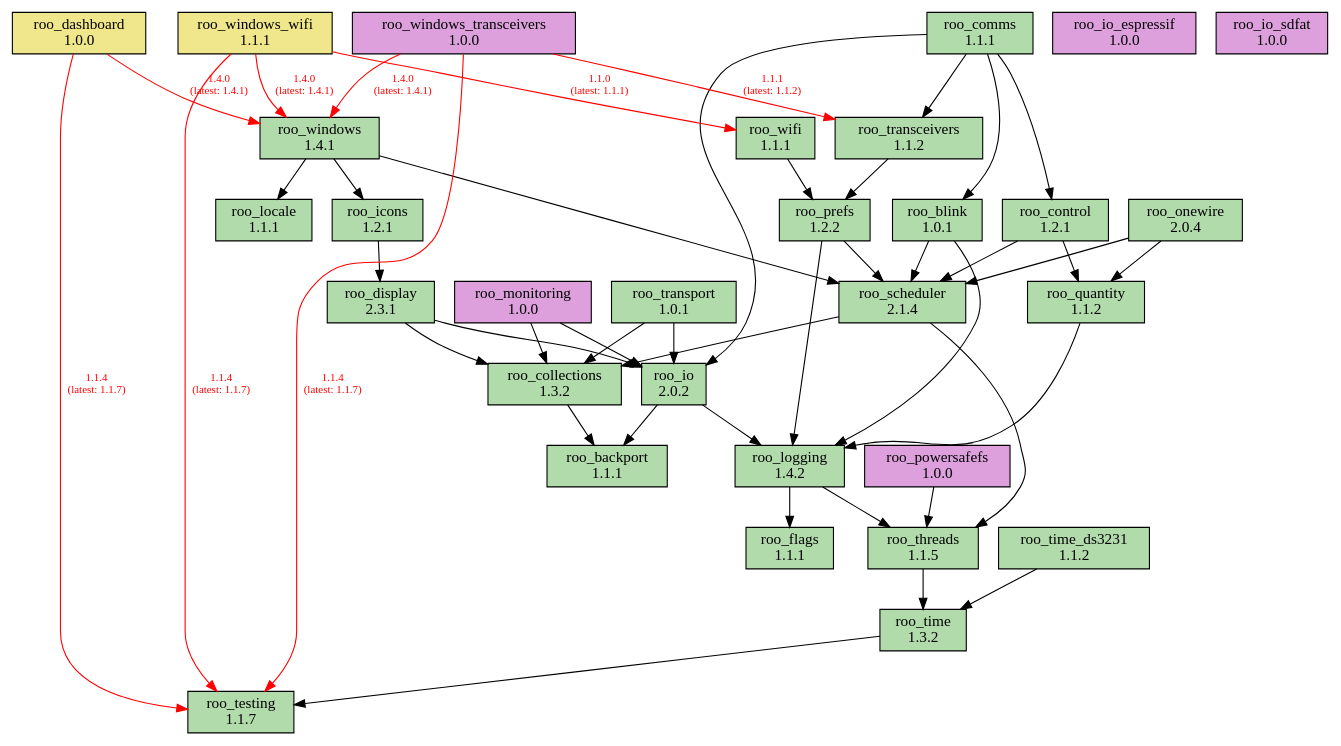
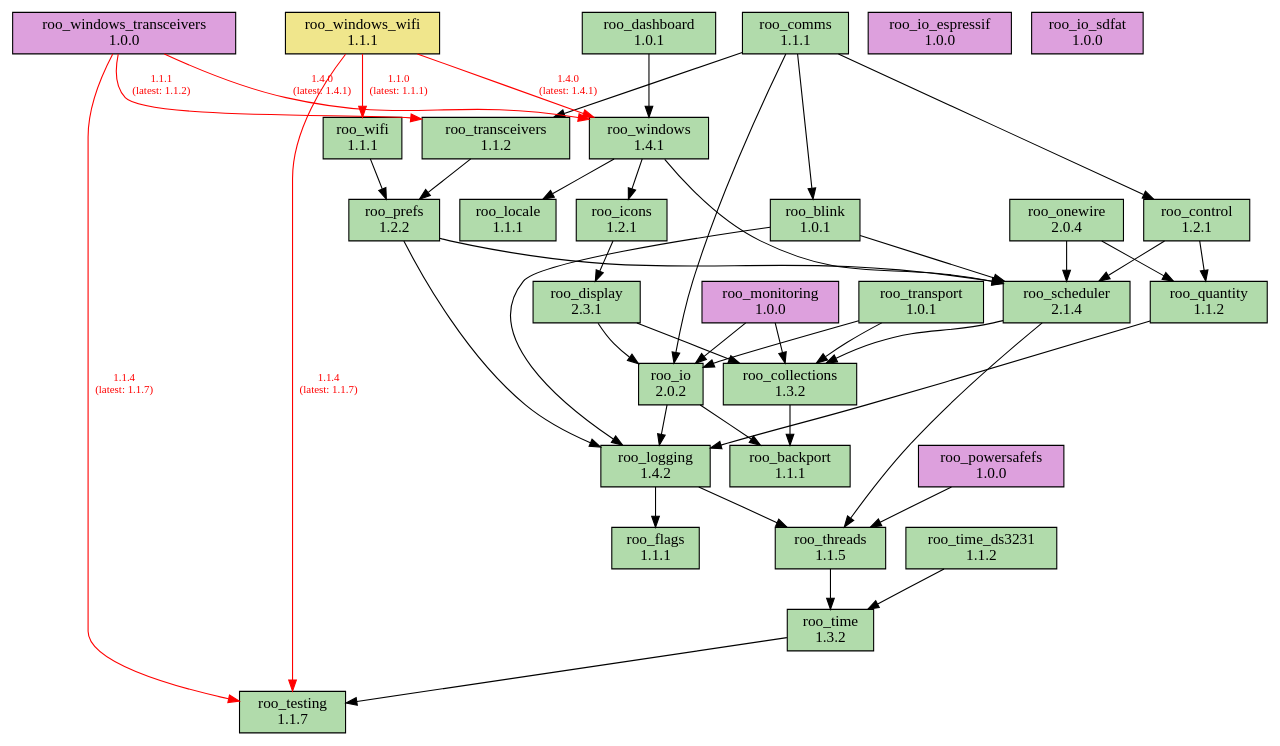
The diagram in doc/dependencies.dot (dejwk/roo-registry), drawn with Graphviz before and after one commit. The commit also changed 3 other files, not shown here.

Commit message:
Added roo_dashboard 1.0.1 to the registry.

```diff
--- a/doc/dependencies.dot
+++ b/doc/dependencies.dot
@@ -1,83 +1,82 @@
 digraph dependencies {
     rankdir=TB;
     node [shape=box, style=filled];
     edge [fontsize=10];
 
     // Modules
     "roo_backport" [label="roo_backport\n1.1.1", fillcolor="#b1dbab"];
     "roo_blink" [label="roo_blink\n1.0.1", fillcolor="#b1dbab"];
     "roo_collections" [label="roo_collections\n1.3.2", fillcolor="#b1dbab"];
     "roo_comms" [label="roo_comms\n1.1.1", fillcolor="#b1dbab"];
     "roo_control" [label="roo_control\n1.2.1", fillcolor="#b1dbab"];
-    "roo_dashboard" [label="roo_dashboard\n1.0.0", fillcolor="khaki"];
+    "roo_dashboard" [label="roo_dashboard\n1.0.1", fillcolor="#b1dbab"];
     "roo_display" [label="roo_display\n2.3.1", fillcolor="#b1dbab"];
     "roo_flags" [label="roo_flags\n1.1.1", fillcolor="#b1dbab"];
     "roo_icons" [label="roo_icons\n1.2.1", fillcolor="#b1dbab"];
     "roo_io" [label="roo_io\n2.0.2", fillcolor="#b1dbab"];
     "roo_io_espressif" [label="roo_io_espressif\n1.0.0", fillcolor="plum"];
     "roo_io_sdfat" [label="roo_io_sdfat\n1.0.0", fillcolor="plum"];
     "roo_locale" [label="roo_locale\n1.1.1", fillcolor="#b1dbab"];
     "roo_logging" [label="roo_logging\n1.4.2", fillcolor="#b1dbab"];
     "roo_monitoring" [label="roo_monitoring\n1.0.0", fillcolor="plum"];
     "roo_onewire" [label="roo_onewire\n2.0.4", fillcolor="#b1dbab"];
     "roo_powersafefs" [label="roo_powersafefs\n1.0.0", fillcolor="plum"];
     "roo_prefs" [label="roo_prefs\n1.2.2", fillcolor="#b1dbab"];
     "roo_quantity" [label="roo_quantity\n1.1.2", fillcolor="#b1dbab"];
     "roo_scheduler" [label="roo_scheduler\n2.1.4", fillcolor="#b1dbab"];
     "roo_testing" [label="roo_testing\n1.1.7", fillcolor="#b1dbab"];
     "roo_threads" [label="roo_threads\n1.1.5", fillcolor="#b1dbab"];
     "roo_time" [label="roo_time\n1.3.2", fillcolor="#b1dbab"];
     "roo_time_ds3231" [label="roo_time_ds3231\n1.1.2", fillcolor="#b1dbab"];
     "roo_transceivers" [label="roo_transceivers\n1.1.2", fillcolor="#b1dbab"];
     "roo_transport" [label="roo_transport\n1.0.1", fillcolor="#b1dbab"];
     "roo_wifi" [label="roo_wifi\n1.1.1", fillcolor="#b1dbab"];
     "roo_windows" [label="roo_windows\n1.4.1", fillcolor="#b1dbab"];
     "roo_windows_transceivers" [label="roo_windows_transceivers\n1.0.0", fillcolor="plum"];
     "roo_windows_wifi" [label="roo_windows_wifi\n1.1.1", fillcolor="khaki"];
 
     // Dependencies
     "roo_blink" -> "roo_logging";
     "roo_blink" -> "roo_scheduler";
     "roo_collections" -> "roo_backport";
     "roo_comms" -> "roo_blink";
     "roo_comms" -> "roo_control";
     "roo_comms" -> "roo_io";
     "roo_comms" -> "roo_transceivers";
     "roo_control" -> "roo_quantity";
     "roo_control" -> "roo_scheduler";
-    "roo_dashboard" -> "roo_testing" [color=red, fontcolor=red, label="1.1.4\n(latest: 1.1.7)"];
-    "roo_dashboard" -> "roo_windows" [color=red, fontcolor=red, label="1.4.0\n(latest: 1.4.1)"];
+    "roo_dashboard" -> "roo_windows";
     "roo_display" -> "roo_collections";
     "roo_display" -> "roo_io";
     "roo_icons" -> "roo_display";
     "roo_io" -> "roo_backport";
     "roo_io" -> "roo_logging";
     "roo_logging" -> "roo_flags";
     "roo_logging" -> "roo_threads";
     "roo_monitoring" -> "roo_collections";
     "roo_monitoring" -> "roo_io";
     "roo_onewire" -> "roo_scheduler";
     "roo_onewire" -> "roo_quantity";
     "roo_powersafefs" -> "roo_threads";
     "roo_prefs" -> "roo_logging";
     "roo_prefs" -> "roo_scheduler";
     "roo_quantity" -> "roo_logging";
     "roo_scheduler" -> "roo_collections";
     "roo_scheduler" -> "roo_threads";
     "roo_threads" -> "roo_time";
     "roo_time" -> "roo_testing";
     "roo_time_ds3231" -> "roo_time";
     "roo_transceivers" -> "roo_prefs";
     "roo_transport" -> "roo_collections";
     "roo_transport" -> "roo_io";
     "roo_wifi" -> "roo_prefs";
     "roo_windows" -> "roo_locale";
     "roo_windows" -> "roo_icons";
     "roo_windows" -> "roo_scheduler";
     "roo_windows_transceivers" -> "roo_testing" [color=red, fontcolor=red, label="1.1.4\n(latest: 1.1.7)"];
     "roo_windows_transceivers" -> "roo_transceivers" [color=red, fontcolor=red, label="1.1.1\n(latest: 1.1.2)"];
     "roo_windows_transceivers" -> "roo_windows" [color=red, fontcolor=red, label="1.4.0\n(latest: 1.4.1)"];
     "roo_windows_wifi" -> "roo_testing" [color=red, fontcolor=red, label="1.1.4\n(latest: 1.1.7)"];
     "roo_windows_wifi" -> "roo_wifi" [color=red, fontcolor=red, label="1.1.0\n(latest: 1.1.1)"];
     "roo_windows_wifi" -> "roo_windows" [color=red, fontcolor=red, label="1.4.0\n(latest: 1.4.1)"];
 }
```
